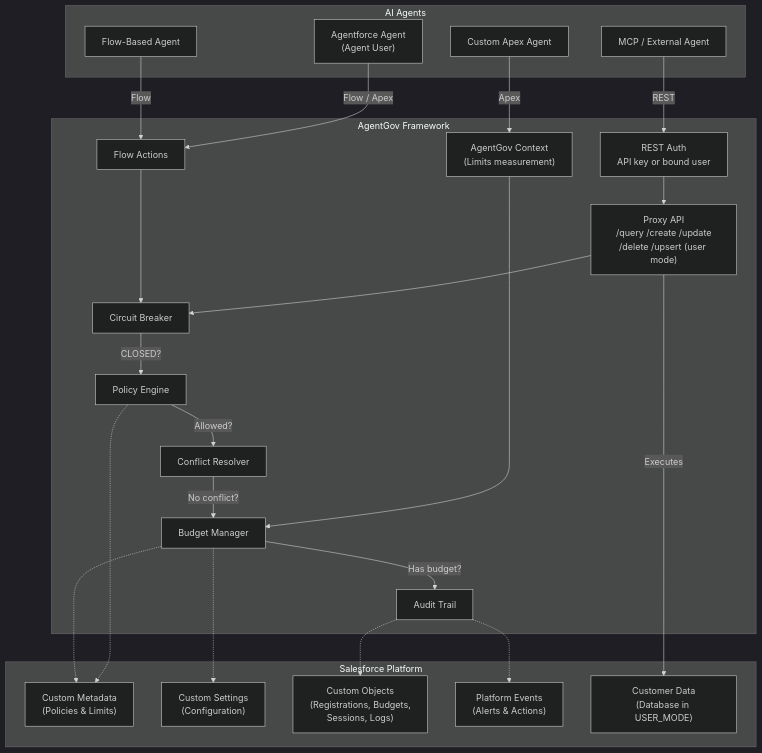
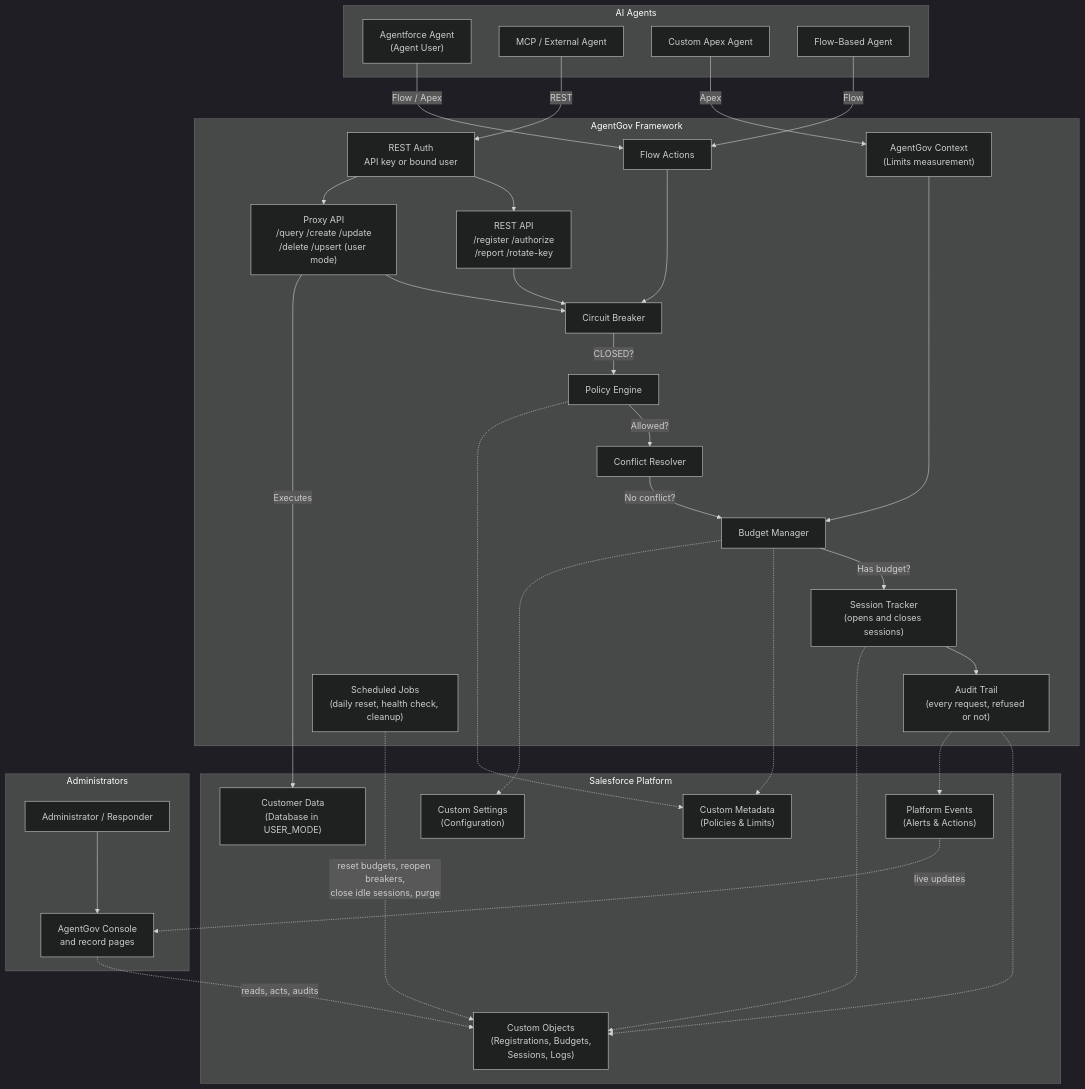
The first of 3 diagrams in README.md (himanshupalerwal/salesforce-agent-governance), drawn with Mermaid (dark theme) before and after one commit.

Commit message:
docs: show the REST API, sessions, the console, and the scheduled jobs in the architecture diagram

````diff
--- a/README.md
+++ b/README.md
@@ -34,50 +34,67 @@
 ```mermaid
 flowchart TB
     subgraph Agents["AI Agents"]
         A1["Agentforce Agent\n(Agent User)"]
         A2["MCP / External Agent"]
         A3["Custom Apex Agent"]
         A4["Flow-Based Agent"]
     end
 
     subgraph AgentGov["AgentGov Framework"]
         AUTH["REST Auth\nAPI key or bound user"]
+        API["REST API\n/register /authorize\n/report /rotate-key"]
         PROXY["Proxy API\n/query /create /update\n/delete /upsert (user mode)"]
         CTX["AgentGov Context\n(Limits measurement)"]
         INV["Flow Actions"]
         CB["Circuit Breaker"]
         PE["Policy Engine"]
         CR["Conflict Resolver"]
         BM["Budget Manager"]
-        AL["Audit Trail"]
+        ST["Session Tracker\n(opens and closes sessions)"]
+        AL["Audit Trail\n(every request, refused or not)"]
+        JOBS["Scheduled Jobs\n(daily reset, health check, cleanup)"]
     end
 
     subgraph Platform["Salesforce Platform"]
         MD["Custom Metadata\n(Policies & Limits)"]
         CS["Custom Settings\n(Configuration)"]
         CO["Custom Objects\n(Registrations, Budgets,\nSessions, Logs)"]
         EVT["Platform Events\n(Alerts & Actions)"]
         SF["Customer Data\n(Database in USER_MODE)"]
     end
 
+    subgraph People["Administrators"]
+        ADMIN["Administrator / Responder"]
+        CONSOLE["AgentGov Console\nand record pages"]
+    end
+
     A2 -->|"REST"| AUTH
+    AUTH --> API
     AUTH --> PROXY
     A1 -->|"Flow / Apex"| INV
     A3 -->|"Apex"| CTX
     A4 -->|"Flow"| INV
 
+    API --> CB
     PROXY --> CB
     INV --> CB
     CTX --> BM
     CB -->|"CLOSED?"| PE
     PE -->|"Allowed?"| CR
     CR -->|"No conflict?"| BM
-    BM -->|"Has budget?"| AL
+    BM -->|"Has budget?"| ST
+    ST --> AL
 
     PROXY -->|"Executes"| SF
     PE -.-> MD
     BM -.-> MD
     BM -.-> CS
+    ST -.-> CO
     AL -.-> CO
     AL -.-> EVT
+    JOBS -.->|"reset budgets, reopen breakers,\nclose idle sessions, purge"| CO
+
+    ADMIN --> CONSOLE
+    CONSOLE -.->|"reads, acts, audits"| CO
+    EVT -.->|"live updates"| CONSOLE
 ```
````
